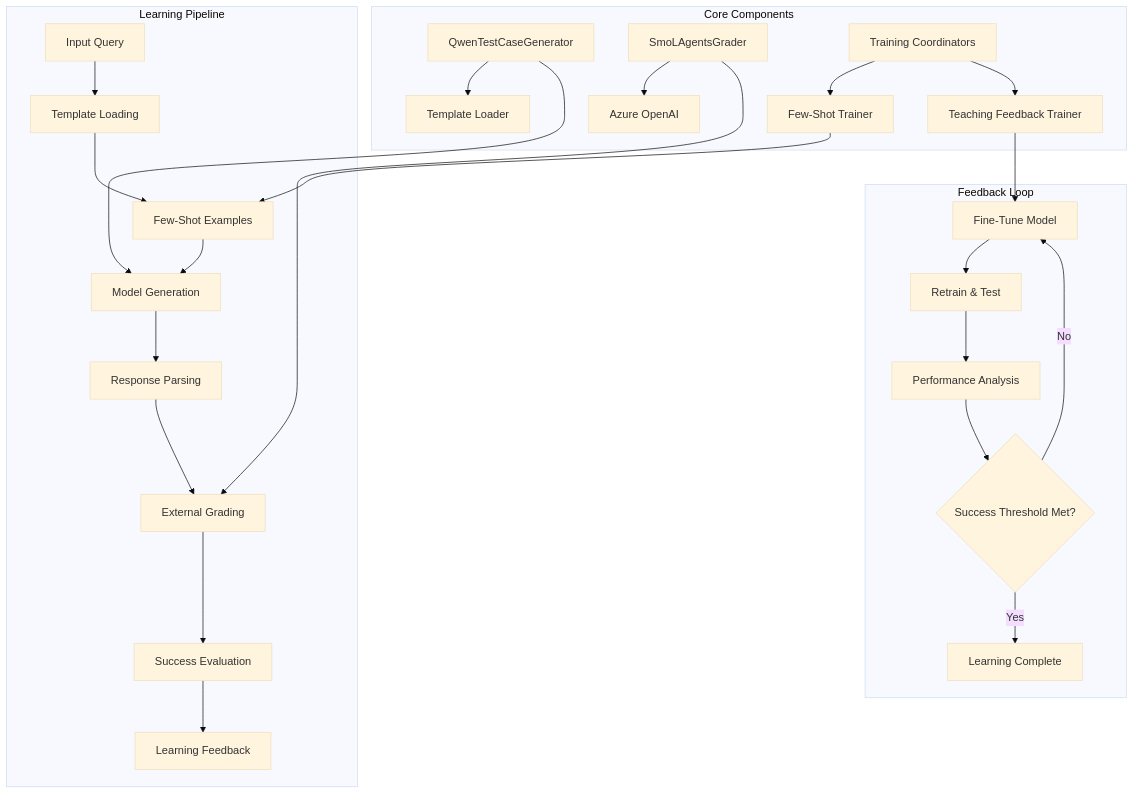
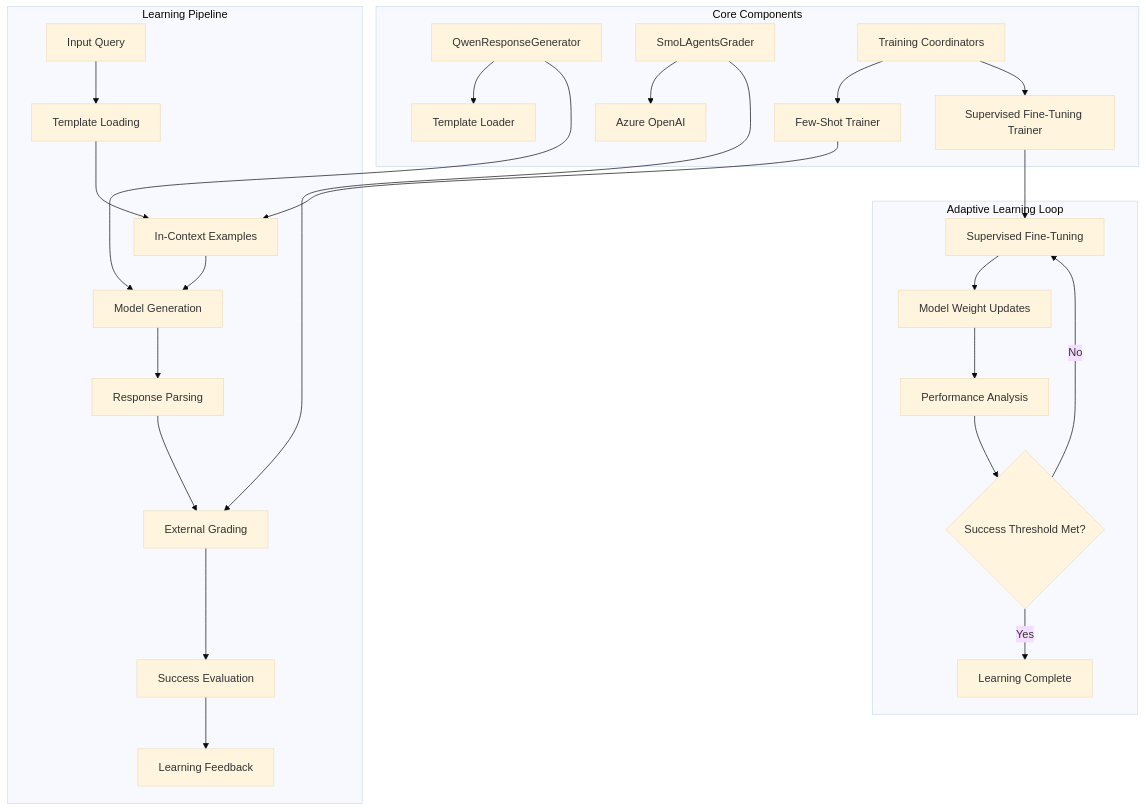
The first of 12 diagrams in README.md (Psilocybin2K/qwen-rl), drawn with Mermaid (base theme) before and after one commit. The commit also changed other lines of this file, not shown here.

````diff
--- a/README.md
+++ b/README.md
@@ -21,32 +23,32 @@
 ```mermaid
 graph TB
     subgraph "Core Components"
-        A[QwenTestCaseGenerator] --> B[Template Loader]
+        A[QwenResponseGenerator] --> B[Template Loader]
         C[SmoLAgentsGrader] --> D[Azure OpenAI]
         E[Training Coordinators] --> F[Few-Shot Trainer]
-        E --> G[Teaching Feedback Trainer]
+        E --> G[Supervised Fine-Tuning Trainer]
     end
     
     subgraph "Learning Pipeline"
         H[Input Query] --> I[Template Loading]
-        I --> J[Few-Shot Examples]
+        I --> J[In-Context Examples]
         J --> K[Model Generation]
         K --> L[Response Parsing]
         L --> M[External Grading]
         M --> N[Success Evaluation]
         N --> O[Learning Feedback]
     end
     
-    subgraph "Feedback Loop"
+    subgraph "Adaptive Learning Loop"
         P[Performance Analysis] --> Q{Success Threshold Met?}
-        Q -->|No| R[Fine-Tune Model]
         Q -->|Yes| S[Learning Complete]
-        R --> T[Retrain & Test]
+        Q -->|No| R[Supervised Fine-Tuning]
+        R --> T[Model Weight Updates]
         T --> P
     end
     
     A --> K
     C --> M
     F --> J
     G --> R
 ```
````
